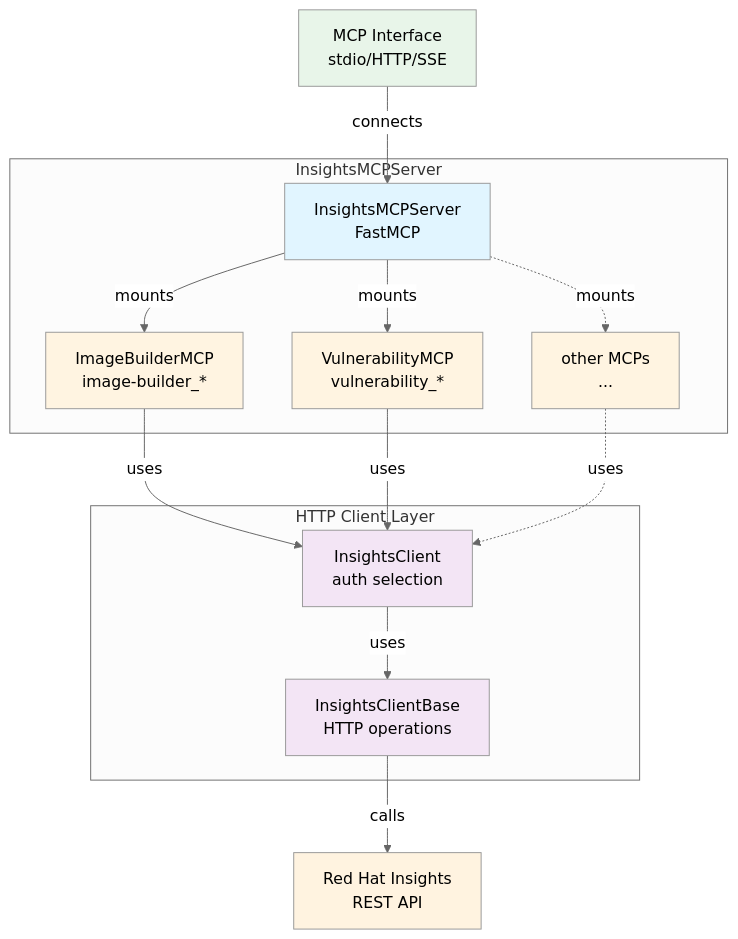
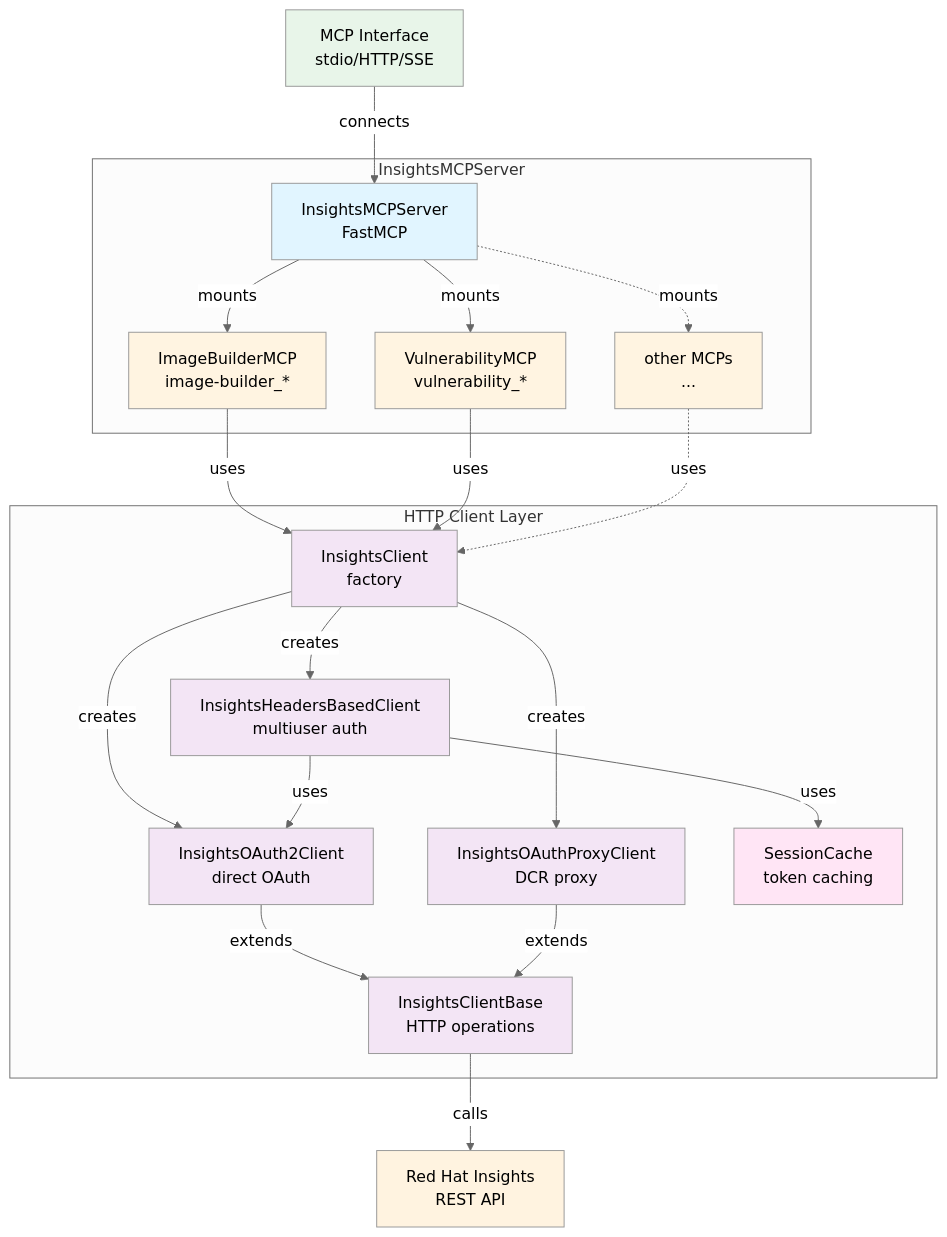
The first of 2 diagrams in HACKING.md (RedHatInsights/insights-mcp), drawn with Mermaid (neutral theme) before and after one commit. The commit also changed other lines of this file and 3 other files, not shown here.

Commit message:
HACKING: document SessionCache

````diff
--- a/HACKING.md
+++ b/HACKING.md
@@ -42,32 +42,47 @@
 ```mermaid
 %% title: architecture-structure
 graph TB
     MCP[MCP Interface<br/>stdio/HTTP/SSE]
     subgraph "InsightsMCPServer"
         MainServer[InsightsMCPServer<br/>FastMCP]
         MainServer -->|mounts| ImageBuilder[ImageBuilderMCP<br/>image-builder_*]
         MainServer -->|mounts| Vulnerability[VulnerabilityMCP<br/>vulnerability_*]
         MainServer -.->|mounts| More[other MCPs<br/>...]
     end
     subgraph "HTTP Client Layer"
-        InsightsClient[InsightsClient<br/>auth selection]
+        InsightsClient[InsightsClient<br/>factory]
+        OAuth2Client[InsightsOAuth2Client<br/>direct OAuth]
+        HeadersClient[InsightsHeadersBasedClient<br/>multiuser auth]
+        OAuthProxyClient[InsightsOAuthProxyClient<br/>DCR proxy]
+        SessionCache[SessionCache<br/>token caching]
         InsightsClientBase[InsightsClientBase<br/>HTTP operations]
-        InsightsClient -->|uses| InsightsClientBase
+
+        InsightsClient -->|creates| OAuth2Client
+        InsightsClient -->|creates| HeadersClient
+        InsightsClient -->|creates| OAuthProxyClient
+        HeadersClient -->|uses| SessionCache
+        OAuth2Client -->|extends| InsightsClientBase
+        HeadersClient -->|uses| OAuth2Client
+        OAuthProxyClient -->|extends| InsightsClientBase
     end
     API[Red Hat Insights<br/>REST API]
 
     MCP -->|connects| MainServer
     ImageBuilder -->|uses| InsightsClient
     Vulnerability -->|uses| InsightsClient
     More -.->|uses| InsightsClient
     InsightsClientBase -->|calls| API
 
     style MainServer fill:#e1f5ff
     style ImageBuilder fill:#fff4e1
     style Vulnerability fill:#fff4e1
     style More fill:#fff4e1
     style InsightsClient fill:#f3e5f5
+    style OAuth2Client fill:#f3e5f5
+    style HeadersClient fill:#f3e5f5
+    style OAuthProxyClient fill:#f3e5f5
+    style SessionCache fill:#ffe5f5
     style InsightsClientBase fill:#f3e5f5
     style MCP fill:#e8f5e9
     style API fill:#fff3e0
 ```
````
